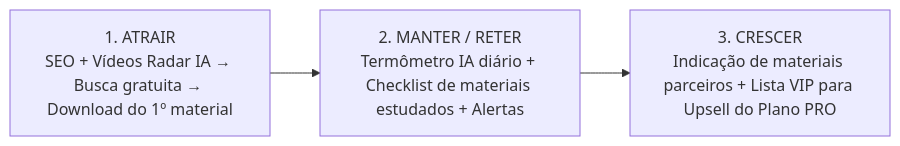
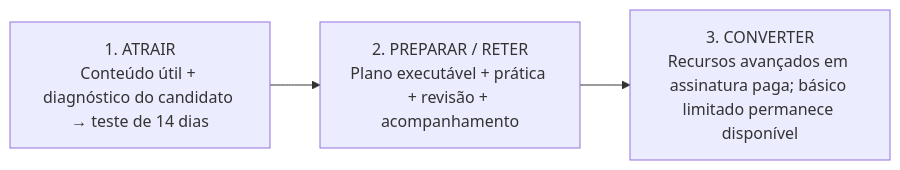
The second of 2 diagrams in MVP_Teorico_Completo_AprovaMais.md (Lxcas7/aprova-mais-ia), drawn with Mermaid before and after one commit. The commit also changed other lines of this file and 7 other files, not shown here.

````diff
--- a/MVP_Teorico_Completo_AprovaMais.md
+++ b/MVP_Teorico_Completo_AprovaMais.md
@@ -105,5 +105,5 @@
 ```mermaid
 flowchart LR
-    A["1. ATRAIR<br/>SEO + Vídeos Radar IA → Busca gratuita → Download do 1º material"] --> M["2. MANTER / RETER<br/>Termômetro IA diário + Checklist de materiais estudados + Alertas"]
-    M --> C["3. CRESCER<br/>Indicação de materiais parceiros + Lista VIP para Upsell do Plano PRO"]
+    A["1. ATRAIR<br/>Conteúdo útil + diagnóstico do candidato → teste de 14 dias"] --> M["2. PREPARAR / RETER<br/>Plano executável + prática + revisão + acompanhamento"]
+    M --> C["3. CONVERTER<br/>Recursos avançados em assinatura paga; básico limitado permanece disponível"]
 ```
````
